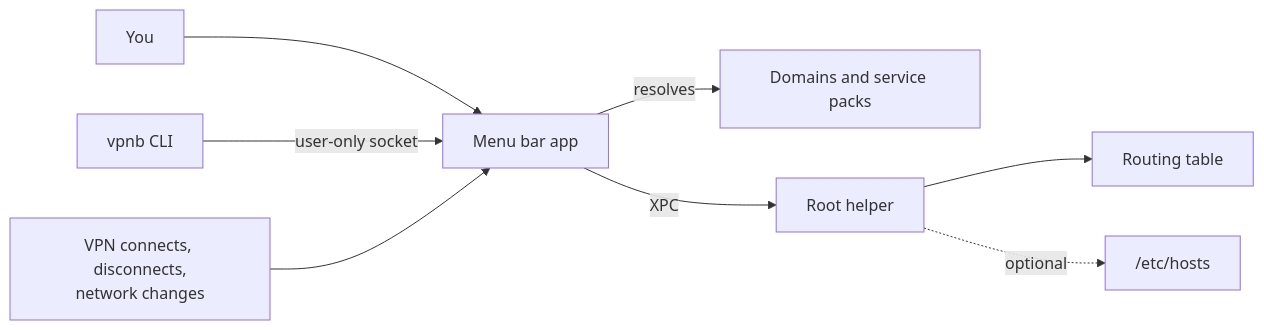
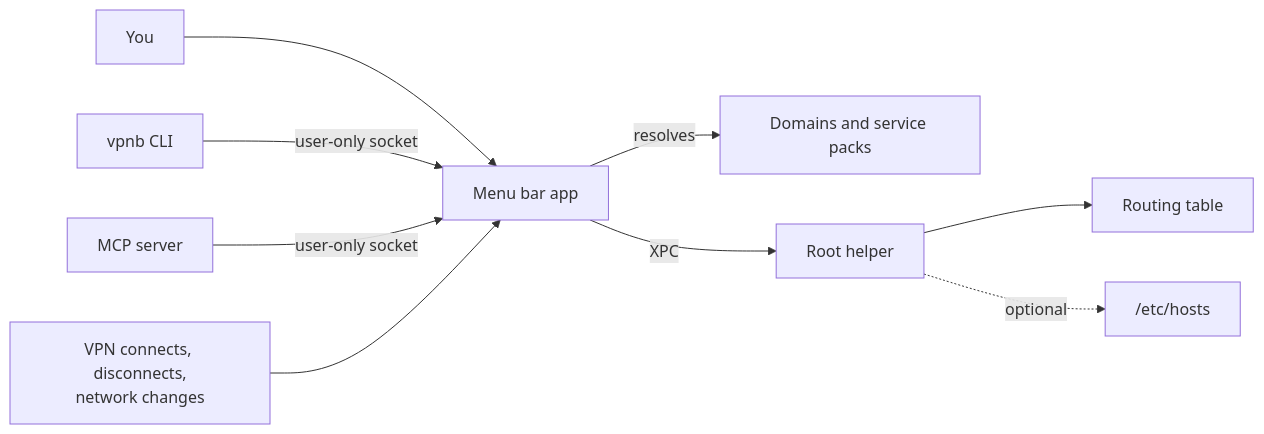
The diagram in docs/index.md (GeiserX/VPN-Bypass), drawn with Mermaid before and after one commit. The commit also changed other lines of this file and 5 other files, not shown here.

````diff
--- a/docs/index.md
+++ b/docs/index.md
@@ -98,10 +98,11 @@
 ```mermaid
 flowchart LR
     U[You] --> M[Menu bar app]
     C[vpnb CLI] -->|user-only socket| M
+    A[MCP server] -->|user-only socket| M
     N[VPN connects, disconnects,<br/>network changes] --> M
     M -->|resolves| D[Domains and service packs]
     M -->|XPC| H[Root helper]
     H --> R[Routing table]
     H -.->|optional| E["/etc/hosts"]
 ```
````
